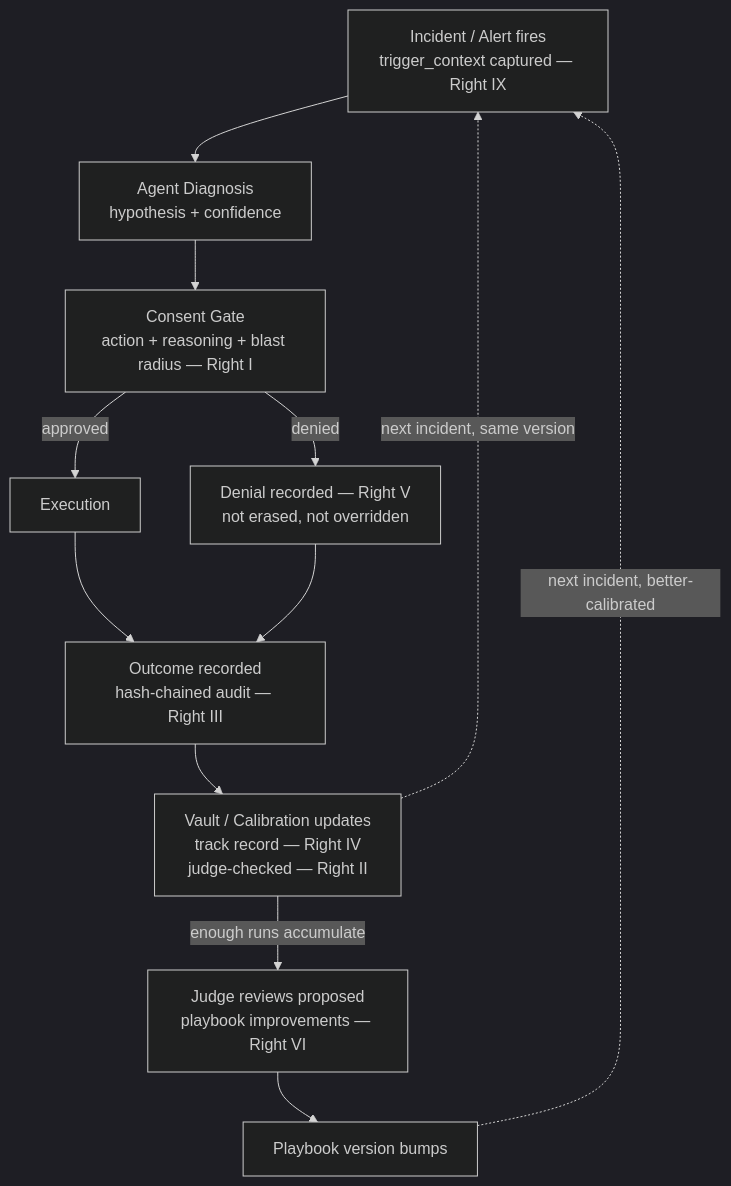
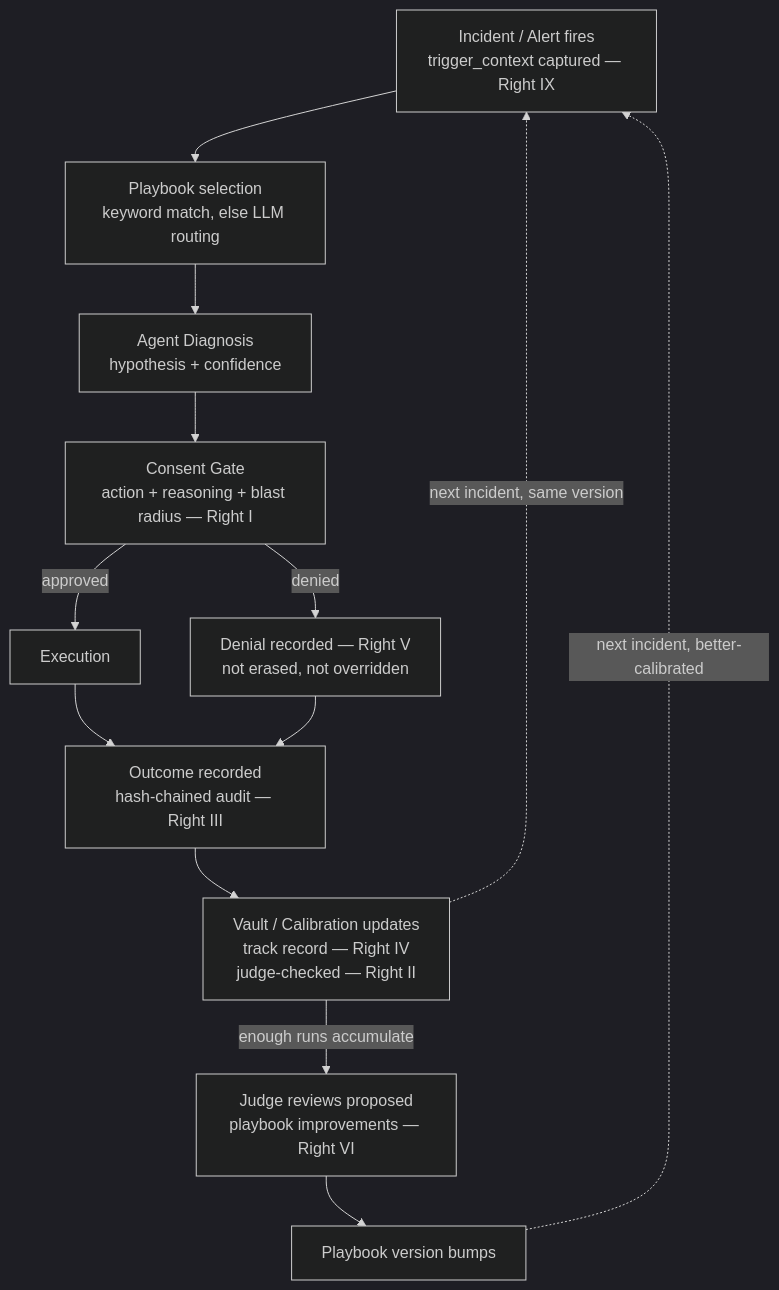
Before and after one commit to borisdali/helpdesk: the diagram in docs/RIGHTS_AND_THE_FLYWHEEL.md, drawn with Mermaid (dark theme). The commit also changed other lines of this file and 2 other files, not shown here.

Commit message:
chore: update the docs with the bigger picture for the auto playbook selection + mon intake.

````diff
--- a/docs/RIGHTS_AND_THE_FLYWHEEL.md
+++ b/docs/RIGHTS_AND_THE_FLYWHEEL.md
@@ -76,14 +83,15 @@
 ```mermaid
 flowchart TD
-    A["Incident / Alert fires<br/>trigger_context captured — Right IX"] --> B["Agent Diagnosis<br/>hypothesis + confidence"]
+    A["Incident / Alert fires<br/>trigger_context captured — Right IX"] --> S["Playbook selection<br/>keyword match, else LLM routing"]
+    S --> B["Agent Diagnosis<br/>hypothesis + confidence"]
     B --> C["Consent Gate<br/>action + reasoning + blast radius — Right I"]
     C -->|approved| D[Execution]
     C -->|denied| G["Denial recorded — Right V<br/>not erased, not overridden"]
     D --> E["Outcome recorded<br/>hash-chained audit — Right III"]
     G --> E
     E --> F["Vault / Calibration updates<br/>track record — Right IV<br/>judge-checked — Right II"]
     F -->|enough runs accumulate| H["Judge reviews proposed<br/>playbook improvements — Right VI"]
     H --> I[Playbook version bumps]
     I -.->|next incident, better-calibrated| A
     F -.->|next incident, same version| A
 ```
````
